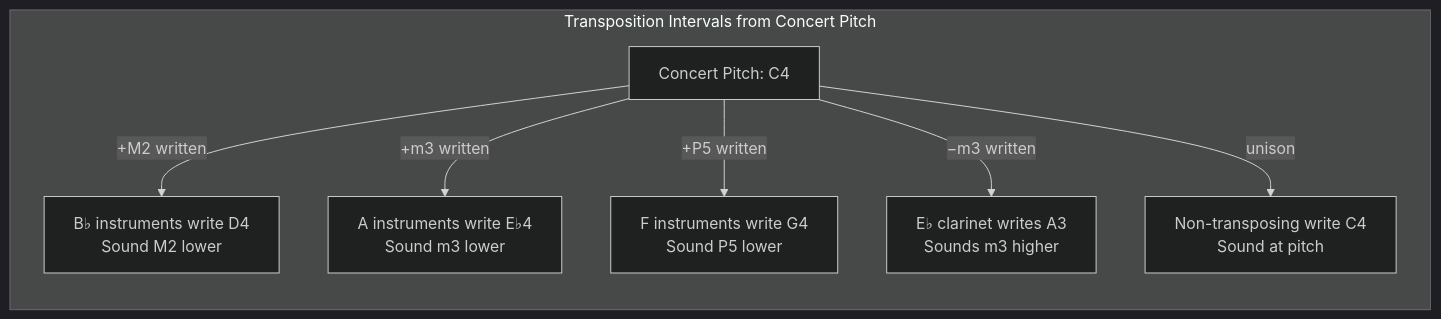
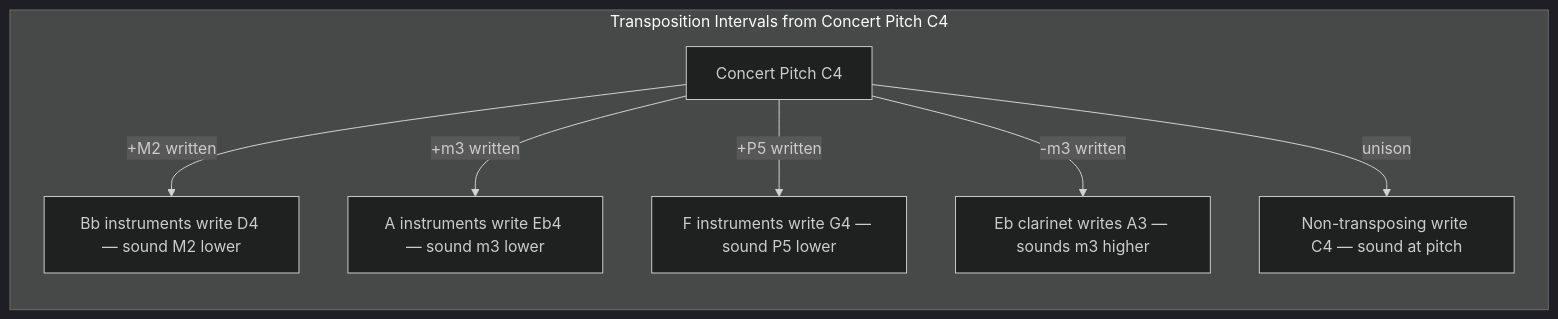
One commit to blebleblee/synapse changed the second of 3 diagrams in topics/arts/composition/orchestral_scoring/lesson_02_score_reading.md. Above: the diagram before and after it, drawn with Mermaid (dark theme). The commit also changed other lines of this file and 4 other files, not shown here.

````diff
--- a/topics/arts/composition/orchestral_scoring/lesson_02_score_reading.md
+++ b/topics/arts/composition/orchestral_scoring/lesson_02_score_reading.md
@@ -167,17 +151,17 @@
 ```mermaid
 graph LR
-    subgraph transposition_chart ["Transposition Intervals from Concert Pitch"]
-        cp["Concert Pitch: C4"]
-        bb["B♭ instruments write D4<br/>Sound M2 lower"]
-        a_instr["A instruments write E♭4<br/>Sound m3 lower"]
-        f_instr["F instruments write G4<br/>Sound P5 lower"]
-        eb["E♭ clarinet writes A3<br/>Sounds m3 higher"]
-        nt["Non-transposing write C4<br/>Sound at pitch"]
+    subgraph transposition_chart ["Transposition Intervals from Concert Pitch C4"]
+        cp["Concert Pitch C4"]
+        bb["Bb instruments write D4 — sound M2 lower"]
+        a_instr["A instruments write Eb4 — sound m3 lower"]
+        f_instr["F instruments write G4 — sound P5 lower"]
+        eb["Eb clarinet writes A3 — sounds m3 higher"]
+        nt["Non-transposing write C4 — sound at pitch"]
     end
-    
+
     cp -->|"+M2 written"| bb
     cp -->|"+m3 written"| a_instr
     cp -->|"+P5 written"| f_instr
-    cp -->|"−m3 written"| eb
+    cp -->|"-m3 written"| eb
     cp -->|"unison"| nt
 ```
````
